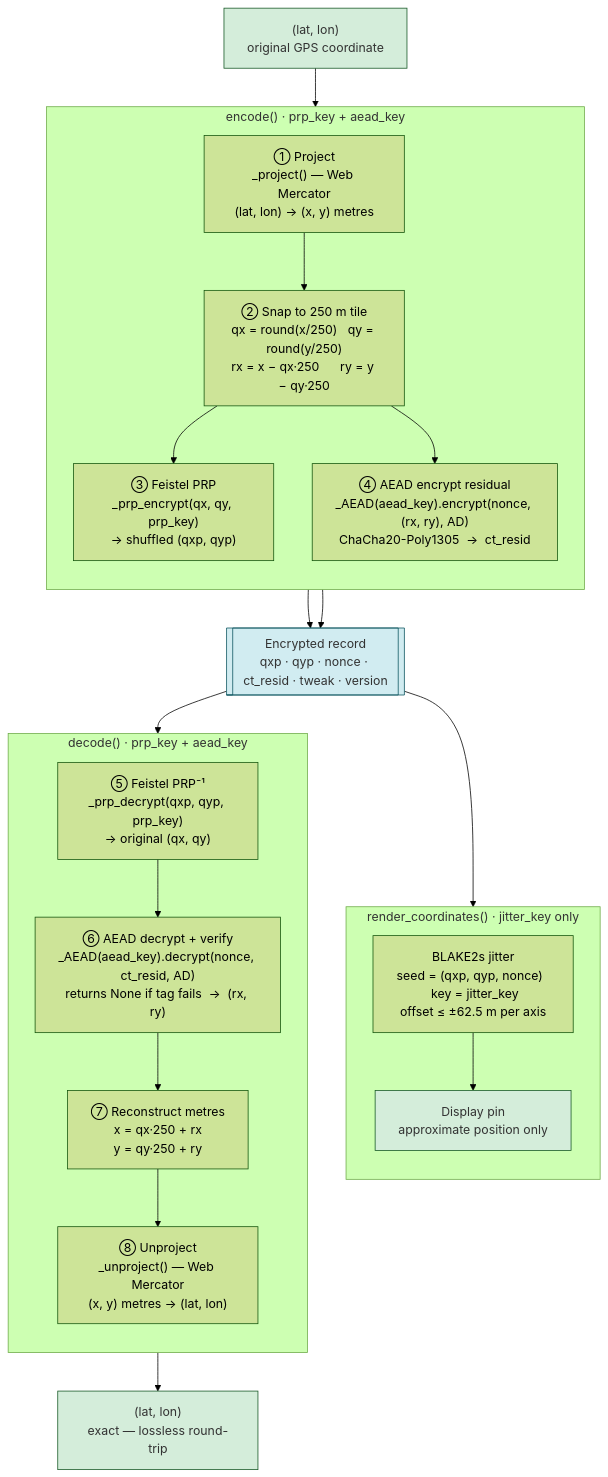
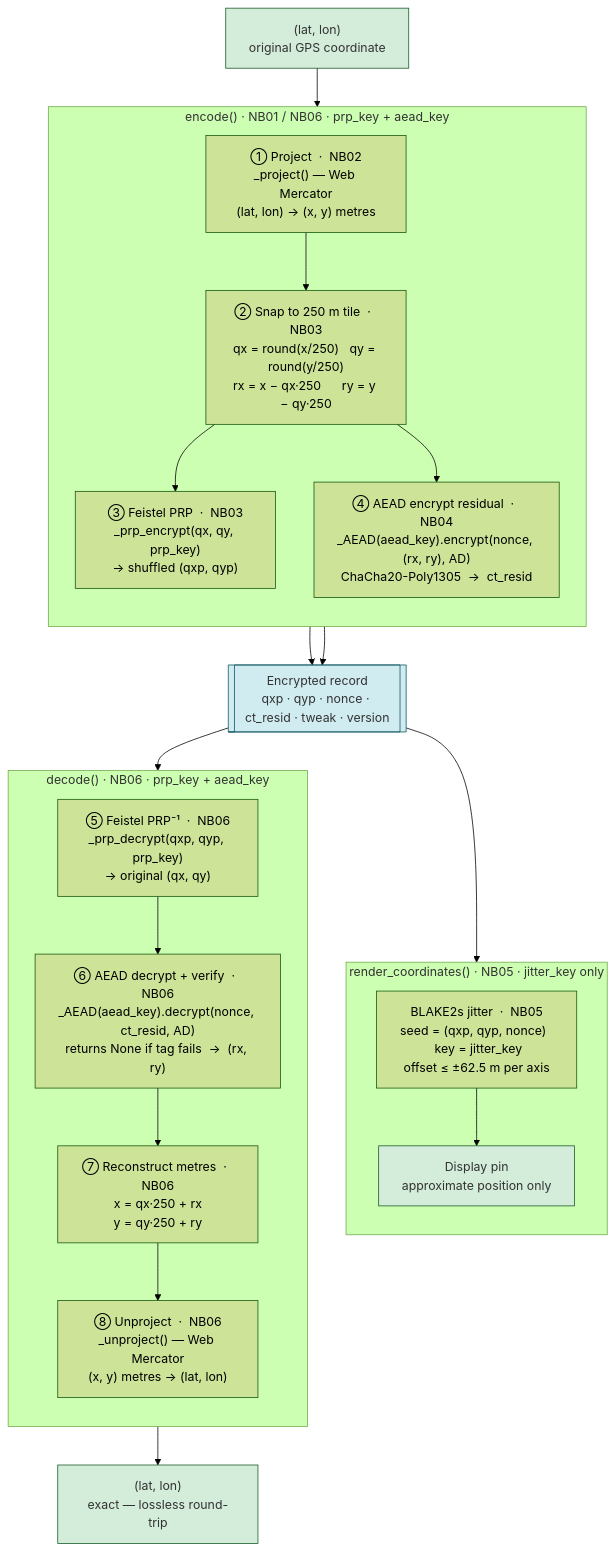
Before and after one commit to PHI-Case-Studies/2026-Map-Encryption-Library: the diagram in README.md, drawn with Mermaid (forest theme). The commit also changed 13 other files, not shown here.

First line of the commit message:
Add chevron pipeline breadcrumbs to all notebooks; annotate README Mermaid

````diff
--- a/README.md
+++ b/README.md
@@ -22,39 +22,39 @@
 ```mermaid
 flowchart TD
     classDef coord  fill:#d4edda,stroke:#155724,color:#333
     classDef record fill:#d1ecf1,stroke:#0c5460,color:#333
 
     IN["(lat, lon)\noriginal GPS coordinate"]:::coord
 
-    subgraph ENC["encode()  ·  prp_key + aead_key"]
+    subgraph ENC["encode()  ·  NB01 / NB06  ·  prp_key + aead_key"]
         direction TB
-        E1["① Project\n_project() — Web Mercator\n(lat, lon) → (x, y) metres"]
-        E2["② Snap to 250 m tile\nqx = round(x/250)   qy = round(y/250)\nrx = x − qx·250      ry = y − qy·250"]
-        E3["③ Feistel PRP\n_prp_encrypt(qx, qy, prp_key)\n→ shuffled (qxp, qyp)"]
-        E4["④ AEAD encrypt residual\n_AEAD(aead_key).encrypt(nonce, (rx, ry), AD)\nChaCha20-Poly1305  →  ct_resid"]
+        E1["① Project  ·  NB02\n_project() — Web Mercator\n(lat, lon) → (x, y) metres"]
+        E2["② Snap to 250 m tile  ·  NB03\nqx = round(x/250)   qy = round(y/250)\nrx = x − qx·250      ry = y − qy·250"]
+        E3["③ Feistel PRP  ·  NB03\n_prp_encrypt(qx, qy, prp_key)\n→ shuffled (qxp, qyp)"]
+        E4["④ AEAD encrypt residual  ·  NB04\n_AEAD(aead_key).encrypt(nonce, (rx, ry), AD)\nChaCha20-Poly1305  →  ct_resid"]
     end
 
     REC[["Encrypted record\nqxp · qyp · nonce · ct_resid · tweak · version"]]:::record
 
-    subgraph DIS["render_coordinates()  ·  jitter_key only"]
+    subgraph DIS["render_coordinates()  ·  NB05  ·  jitter_key only"]
         direction TB
-        D1["BLAKE2s jitter\nseed = (qxp, qyp, nonce)   key = jitter_key\noffset ≤ ±62.5 m per axis"]
+        D1["BLAKE2s jitter  ·  NB05\nseed = (qxp, qyp, nonce)   key = jitter_key\noffset ≤ ±62.5 m per axis"]
         D2["Display pin\napproximate position only"]:::coord
     end
 
-    subgraph DEC["decode()  ·  prp_key + aead_key"]
+    subgraph DEC["decode()  ·  NB06  ·  prp_key + aead_key"]
         direction TB
-        F1["⑤ Feistel PRP⁻¹\n_prp_decrypt(qxp, qyp, prp_key)\n→ original (qx, qy)"]
-        F2["⑥ AEAD decrypt + verify\n_AEAD(aead_key).decrypt(nonce, ct_resid, AD)\nreturns None if tag fails  →  (rx, ry)"]
-        F3["⑦ Reconstruct metres\nx = qx·250 + rx\ny = qy·250 + ry"]
-        F4["⑧ Unproject\n_unproject() — Web Mercator\n(x, y) metres → (lat, lon)"]
+        F1["⑤ Feistel PRP⁻¹  ·  NB06\n_prp_decrypt(qxp, qyp, prp_key)\n→ original (qx, qy)"]
+        F2["⑥ AEAD decrypt + verify  ·  NB06\n_AEAD(aead_key).decrypt(nonce, ct_resid, AD)\nreturns None if tag fails  →  (rx, ry)"]
+        F3["⑦ Reconstruct metres  ·  NB06\nx = qx·250 + rx\ny = qy·250 + ry"]
+        F4["⑧ Unproject  ·  NB06\n_unproject() — Web Mercator\n(x, y) metres → (lat, lon)"]
     end
 
     OUT["(lat, lon)\nexact — lossless round-trip"]:::coord
 
     IN  --> E1 --> E2
     E2  --> E3 --> REC
     E2  --> E4 --> REC
     REC --> D1 --> D2
     REC --> F1 --> F2 --> F3 --> F4 --> OUT
 ```
````
